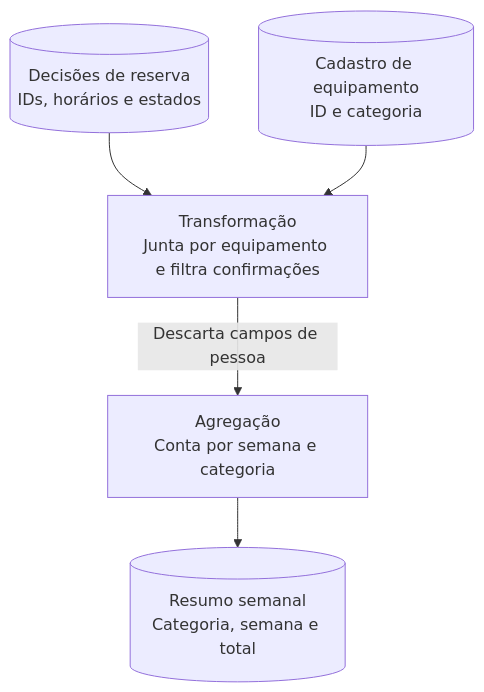
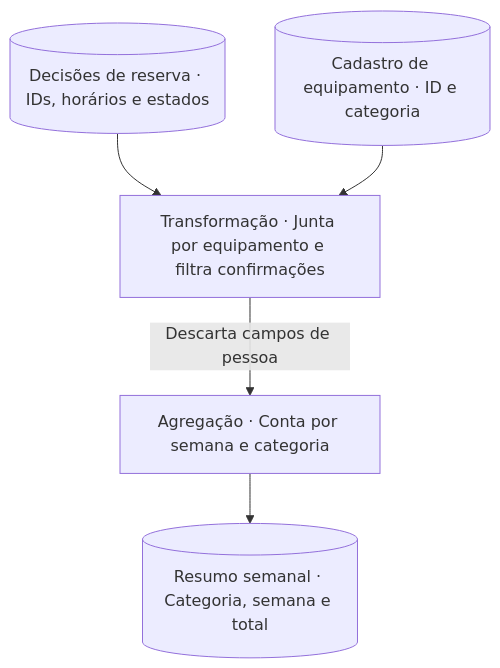
The third of 6 diagrams in diagramas/exemplos-complementares.md (PHnsilva/base-de-projetos), drawn with Mermaid before and after one commit. The commit also changed other lines of this file and 13 other files, not shown here.

````diff
--- a/diagramas/exemplos-complementares.md
+++ b/diagramas/exemplos-complementares.md
@@ -55,12 +55,12 @@
 ```mermaid
 flowchart TD
-    C[("Decisões de reserva<br/>IDs, horários e estados")]
-    E[("Cadastro de equipamento<br/>ID e categoria")]
-    J["Transformação<br/>Junta por equipamento e filtra confirmações"]
-    A["Agregação<br/>Conta por semana e categoria"]
-    S[("Resumo semanal<br/>Categoria, semana e total")]
+    C[("Decisões de reserva · IDs, horários e estados")]
+    E[("Cadastro de equipamento · ID e categoria")]
+    J["Transformação · Junta por equipamento e filtra confirmações"]
+    A["Agregação · Conta por semana e categoria"]
+    S[("Resumo semanal · Categoria, semana e total")]
     C --> J
     E --> J
     J -->|"Descarta campos de pessoa"| A
     A --> S
 ```
````
